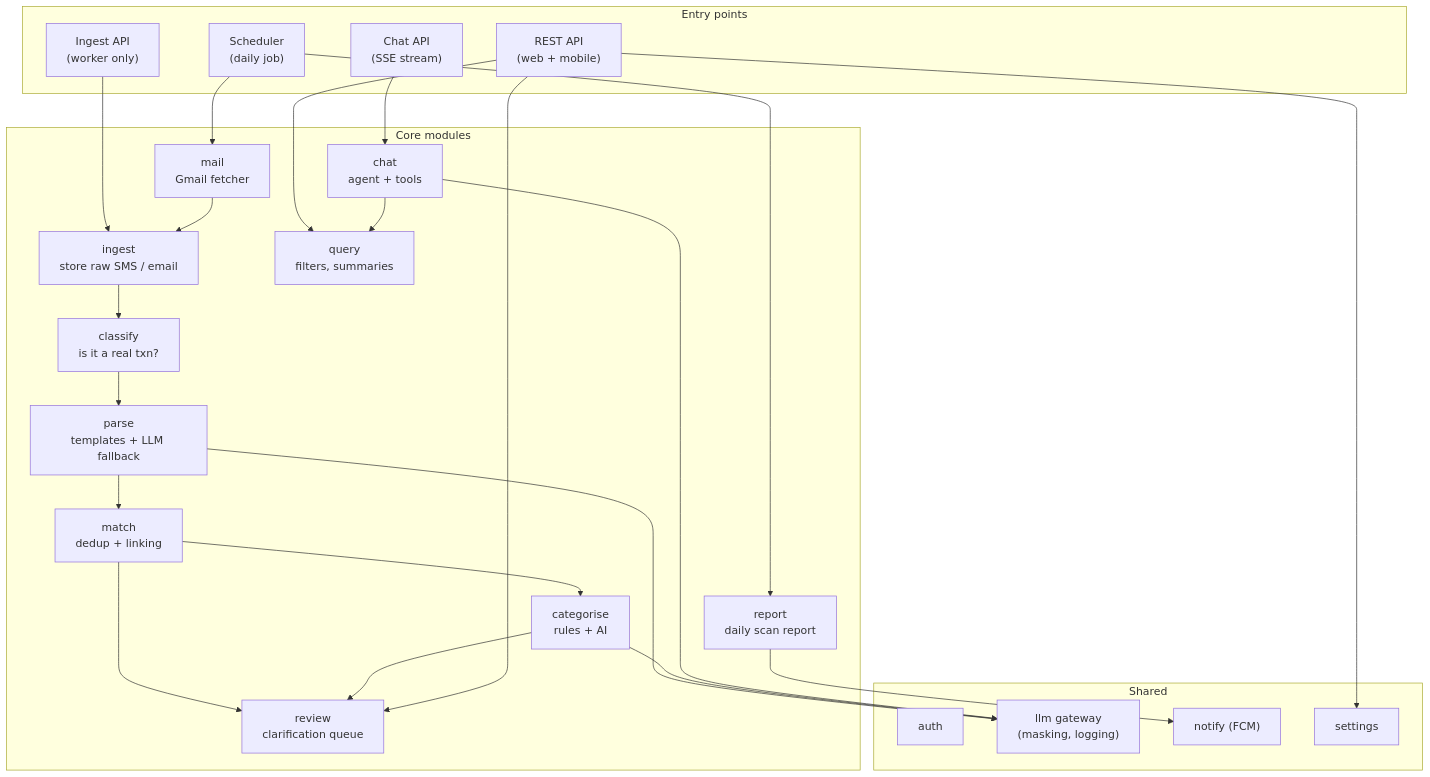
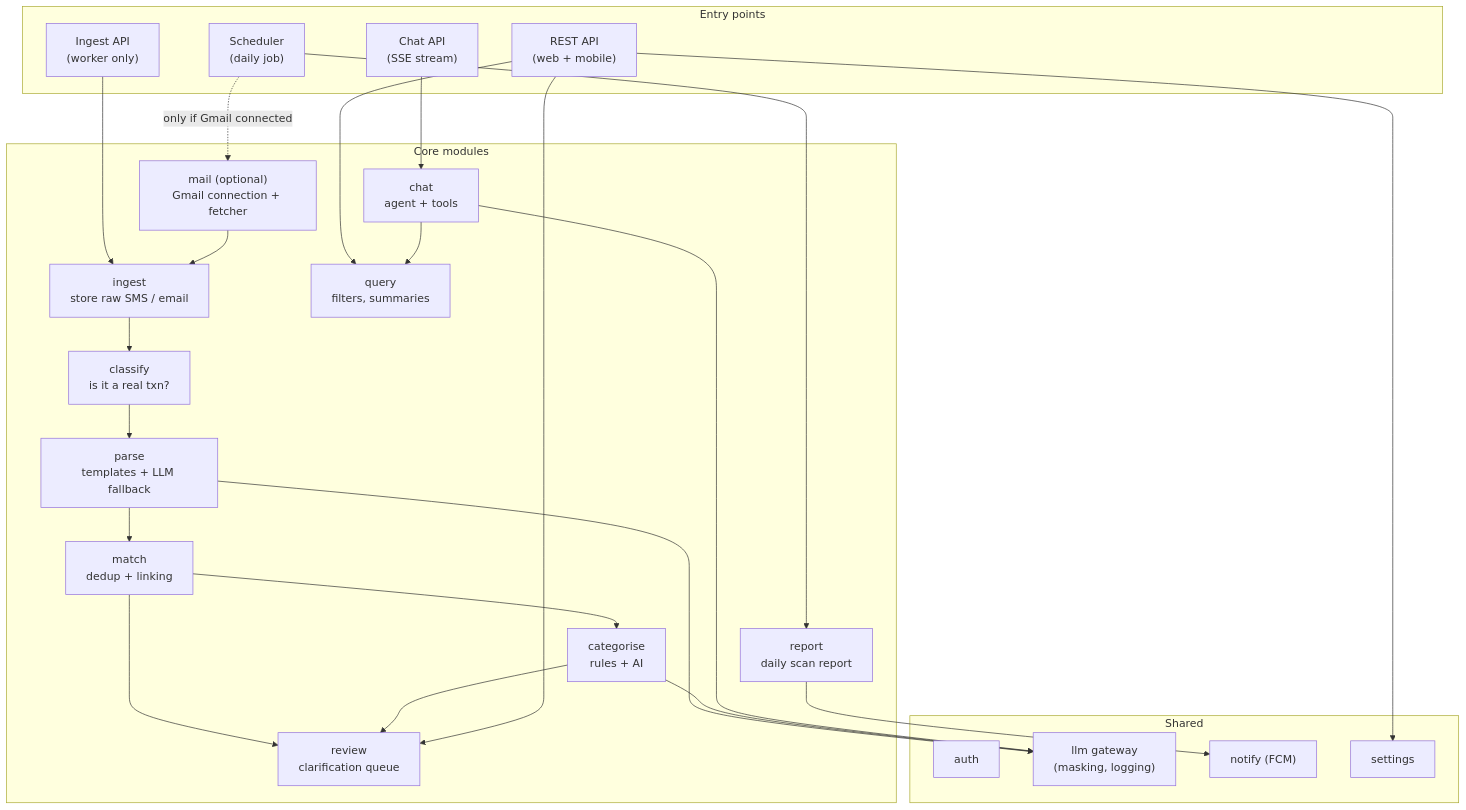
The diagram in docs/Hishaab-ai-diagrams/diagrams/03-backend-modules.mmd (moonman369/hishaab), drawn with Mermaid before and after one commit. The commit also changed 34 other files, not shown here.

First line of the commit message:
UPDATE HLD AND DIAGRAMS FOR OPTIONAL EMAIL CONNECTIVITY

```diff
--- a/docs/Hishaab-ai-diagrams/diagrams/03-backend-modules.mmd
+++ b/docs/Hishaab-ai-diagrams/diagrams/03-backend-modules.mmd
@@ -1,41 +1,41 @@
 flowchart TB
     subgraph Edge["Entry points"]
         RestAPI["REST API<br/>(web + mobile)"]
         IngestAPI["Ingest API<br/>(worker only)"]
         Sched["Scheduler<br/>(daily job)"]
         ChatAPI["Chat API<br/>(SSE stream)"]
     end
 
     subgraph Core["Core modules"]
         Ingest["ingest<br/>store raw SMS / email"]
-        Mail["mail<br/>Gmail fetcher"]
+        Mail["mail (optional)<br/>Gmail connection + fetcher"]
         Classify["classify<br/>is it a real txn?"]
         Parse["parse<br/>templates + LLM fallback"]
         Match["match<br/>dedup + linking"]
         Categ["categorise<br/>rules + AI"]
         Review["review<br/>clarification queue"]
         Query["query<br/>filters, summaries"]
         Chat["chat<br/>agent + tools"]
         Report["report<br/>daily scan report"]
     end
 
     subgraph Support["Shared"]
         Auth["auth"]
         LLM["llm gateway<br/>(masking, logging)"]
         Notify["notify (FCM)"]
         Settings["settings"]
     end
 
     IngestAPI --> Ingest
-    Sched --> Mail --> Ingest
+    Sched -.->|"only if Gmail connected"| Mail --> Ingest
     Ingest --> Classify --> Parse --> Match --> Categ
     Match --> Review
     Categ --> Review
     Sched --> Report --> Notify
     RestAPI --> Query
     RestAPI --> Review
     RestAPI --> Settings
     ChatAPI --> Chat --> Query
     Parse --> LLM
     Categ --> LLM
     Chat --> LLM
```
